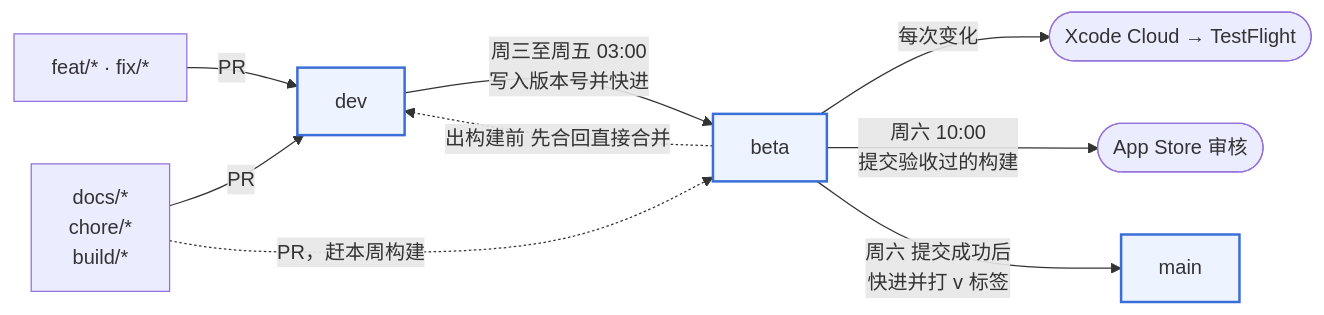
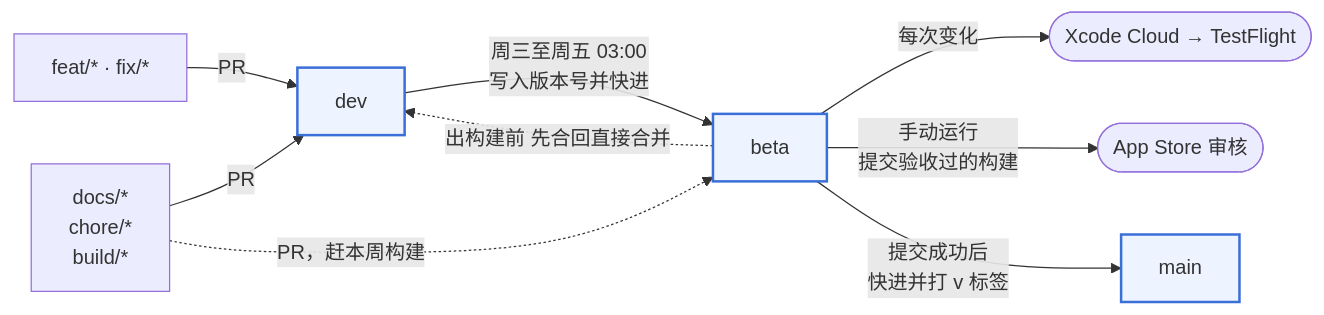
One commit to Voltline/Vime changed the diagram in Docs/Development.md. Above: the diagram before and after it, drawn with Mermaid. The commit also changed other lines of this file and 9 other files, not shown here.

First line of the commit message:
chore: submit App Store releases by hand while features change often

````diff
--- a/Docs/Development.md
+++ b/Docs/Development.md
@@ -93,13 +93,13 @@
 ```mermaid
 flowchart LR
     work["feat/* · fix/*"] -- PR --> dev
     misc["docs/*<br/>chore/*<br/>build/*"] -- PR --> dev
     misc -. "PR，赶本周构建" .-> beta
     dev -- "周三至周五 03:00<br/>写入版本号并快进" --> beta
     beta -. "出构建前 先合回直接合并" .-> dev
     beta -- "每次变化" --> testflight(["Xcode Cloud → TestFlight"])
-    beta -- "周六 10:00<br/>提交验收过的构建" --> review(["App Store 审核"])
-    beta -- "周六 提交成功后<br/>快进并打 v 标签" --> main
+    beta -- "手动运行<br/>提交验收过的构建" --> review(["App Store 审核"])
+    beta -- "提交成功后<br/>快进并打 v 标签" --> main
     classDef branch fill:#eef4ff,stroke:#3b6fd8,stroke-width:2px
     class dev,beta,main branch
 ```
````
